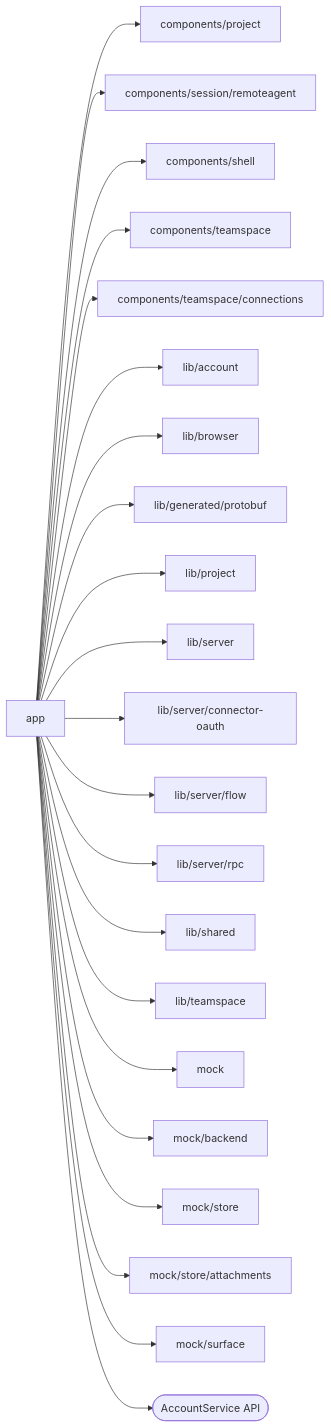
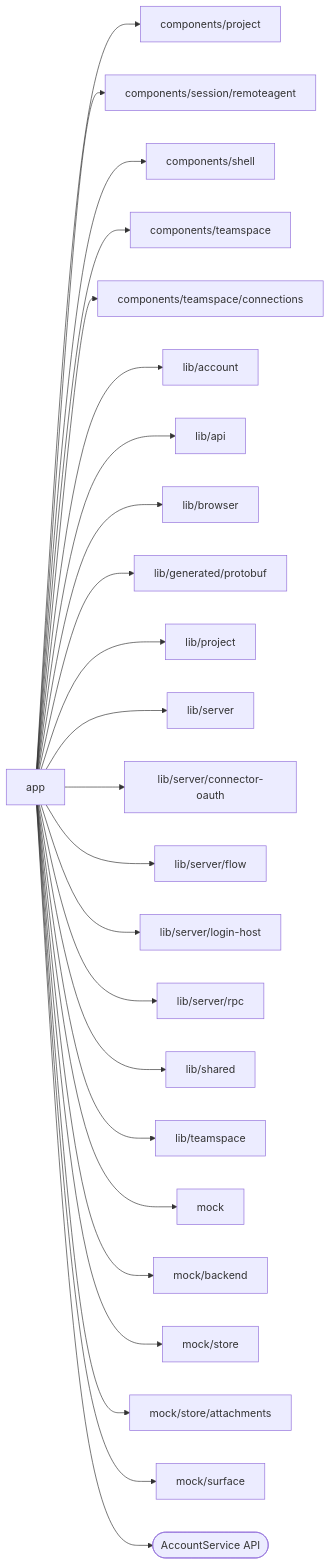
The diagram in web/studio/app/README.md (superdurable/superverse), drawn with Mermaid before and after one commit. The commit also changed other lines of this file and 96 other files, not shown here.

First line of the commit message:
LOGINHOST: Shared login host authorization and Studio handoff

````diff
--- a/web/studio/app/README.md
+++ b/web/studio/app/README.md
@@ -10,25 +10,27 @@
 ```mermaid
 flowchart LR
   self["app"]
   self --> d0["components/project"]
   self --> d1["components/session/remoteagent"]
   self --> d2["components/shell"]
   self --> d3["components/teamspace"]
   self --> d4["components/teamspace/connections"]
   self --> d5["lib/account"]
-  self --> d6["lib/browser"]
-  self --> d7["lib/generated/protobuf"]
-  self --> d8["lib/project"]
-  self --> d9["lib/server"]
-  self --> d10["lib/server/connector-oauth"]
-  self --> d11["lib/server/flow"]
-  self --> d12["lib/server/rpc"]
-  self --> d13["lib/shared"]
-  self --> d14["lib/teamspace"]
-  self --> d15["mock"]
-  self --> d16["mock/backend"]
-  self --> d17["mock/store"]
-  self --> d18["mock/store/attachments"]
-  self --> d19["mock/surface"]
+  self --> d6["lib/api"]
+  self --> d7["lib/browser"]
+  self --> d8["lib/generated/protobuf"]
+  self --> d9["lib/project"]
+  self --> d10["lib/server"]
+  self --> d11["lib/server/connector-oauth"]
+  self --> d12["lib/server/flow"]
+  self --> d13["lib/server/login-host"]
+  self --> d14["lib/server/rpc"]
+  self --> d15["lib/shared"]
+  self --> d16["lib/teamspace"]
+  self --> d17["mock"]
+  self --> d18["mock/backend"]
+  self --> d19["mock/store"]
+  self --> d20["mock/store/attachments"]
+  self --> d21["mock/surface"]
   self --> e0(["AccountService API"])
 ```
````
